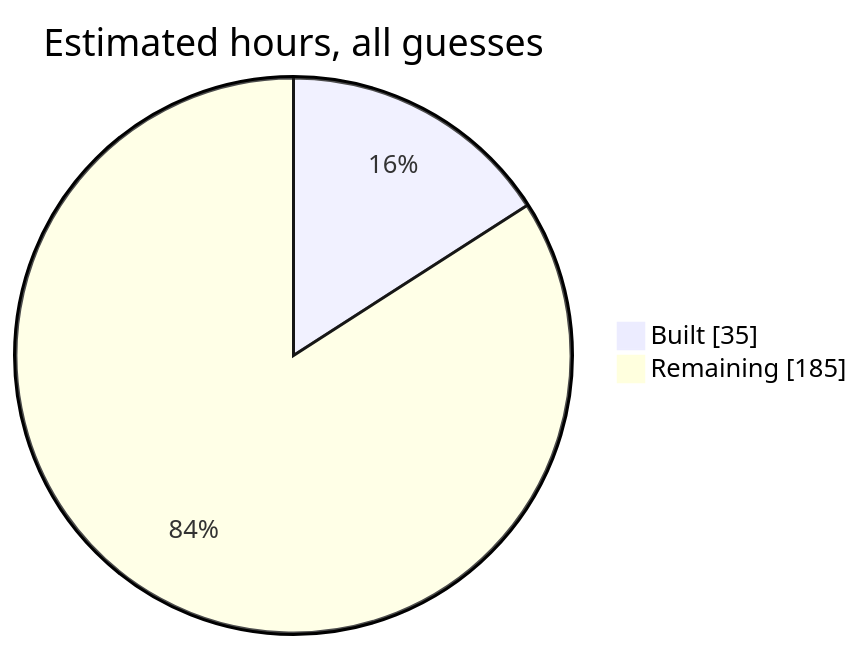
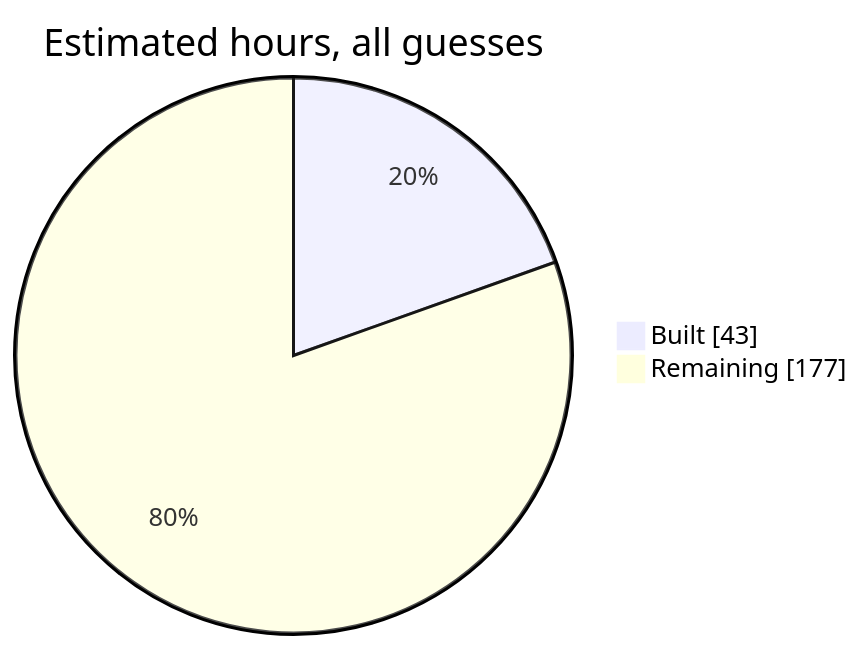
One commit to SumanthVarma798/GNSS-Constellation-Health-Monitoring-System changed the second of 5 diagrams in docs/system-design.md. Above: the diagram before and after it, drawn with Mermaid. The commit also changed other lines of this file and 6 other files, not shown here.

````diff
--- a/docs/system-design.md
+++ b/docs/system-design.md
@@ -70,5 +70,5 @@
 ```mermaid
 pie showData title Estimated hours, all guesses
-  "Built" : 35
-  "Remaining" : 185
+  "Built" : 43
+  "Remaining" : 177
 ```
````
